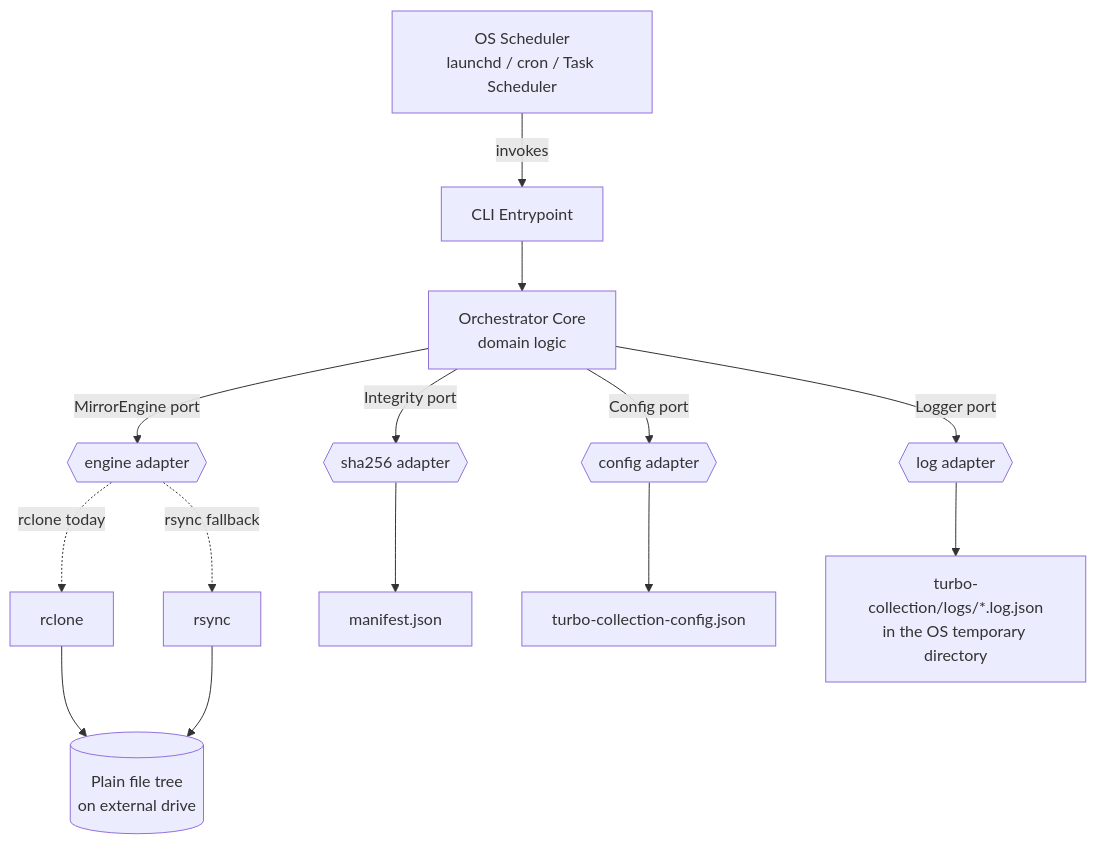
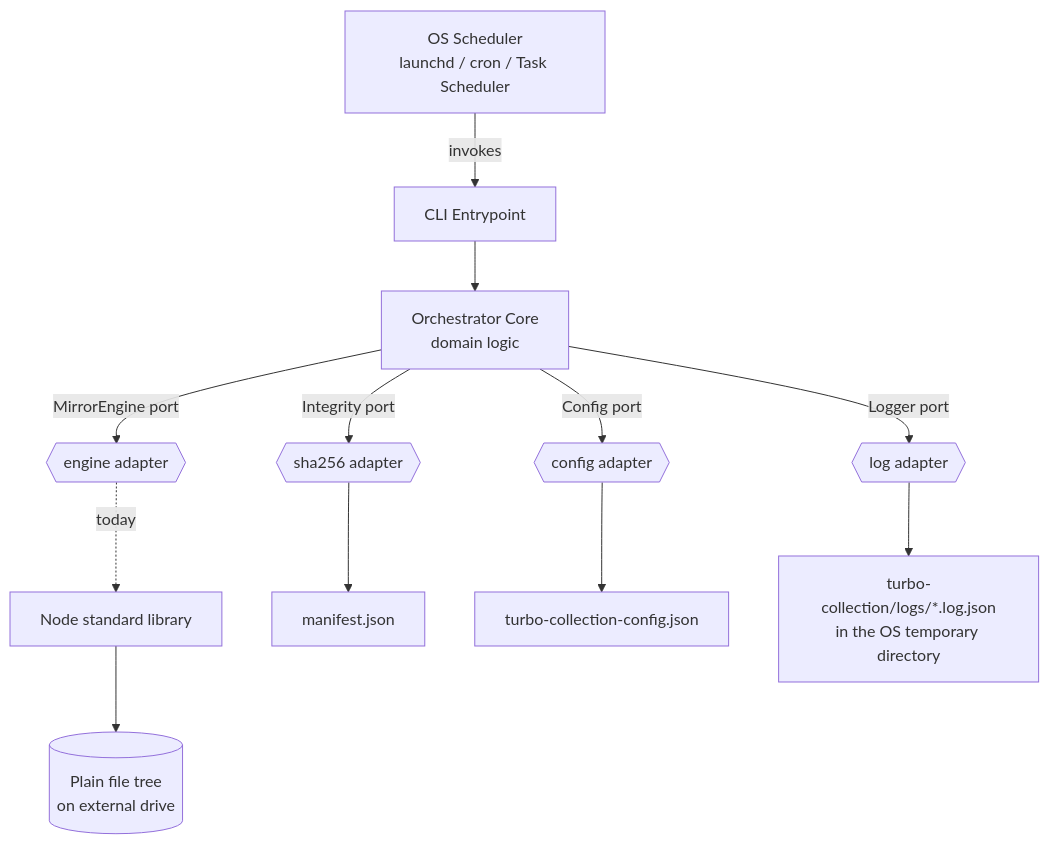
The first of 2 diagrams in docs/design-record.md (NikoAri/turbo-collection), drawn with Mermaid before and after one commit. The commit also changed other lines of this file and 6 other files, not shown here.

````diff
--- a/docs/design-record.md
+++ b/docs/design-record.md
@@ -267,19 +267,17 @@
 ```mermaid
 graph TD
     SCHED[OS Scheduler<br/>launchd / cron / Task Scheduler] -->|invokes| CLI[CLI Entrypoint]
     CLI --> CORE[Orchestrator Core<br/>domain logic]
 
     CORE -->|MirrorEngine port| E{{engine adapter}}
     CORE -->|Integrity port| I{{sha256 adapter}}
     CORE -->|Config port| C{{config adapter}}
     CORE -->|Logger port| L{{log adapter}}
 
-    E -.rclone today.-> RC[rclone]
-    E -.rsync fallback.-> RS[rsync]
+    E -.today.-> SL[Node standard library]
     I --> MAN[manifest.json]
     C --> CFG[turbo-collection-config.json]
     L --> LOG[turbo-collection/logs/*.log.json<br/>in the OS temporary directory]
 
-    RC --> DATA[(Plain file tree<br/>on external drive)]
-    RS --> DATA
+    SL --> DATA[(Plain file tree<br/>on external drive)]
 ```
````
